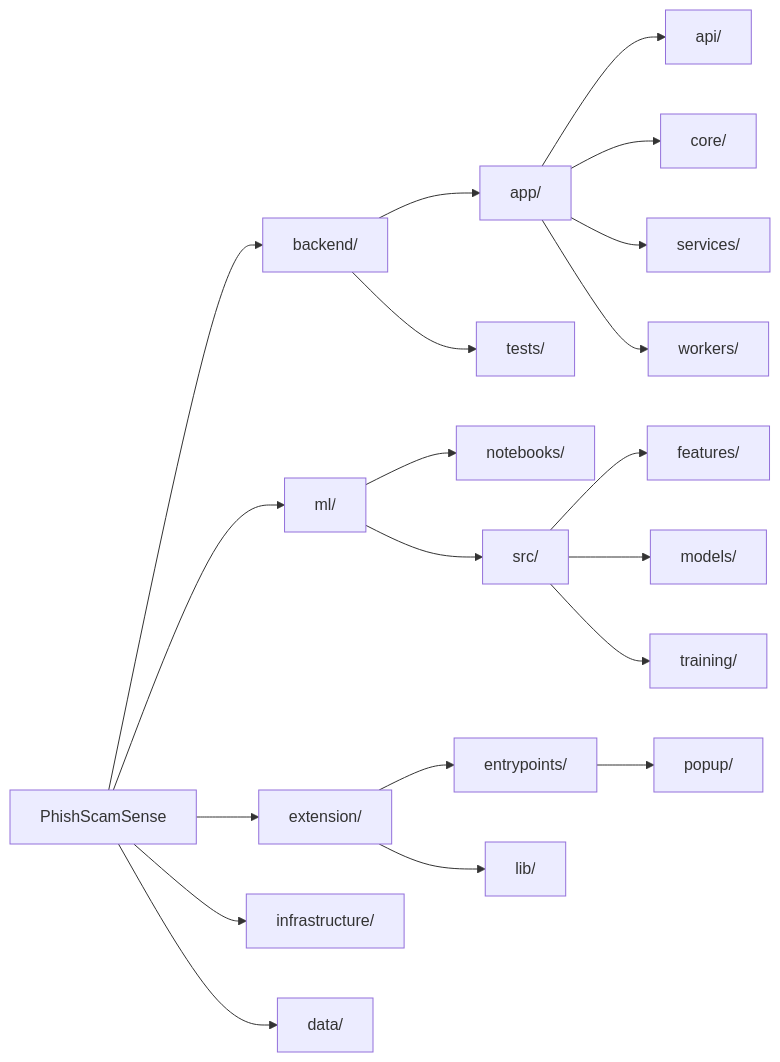
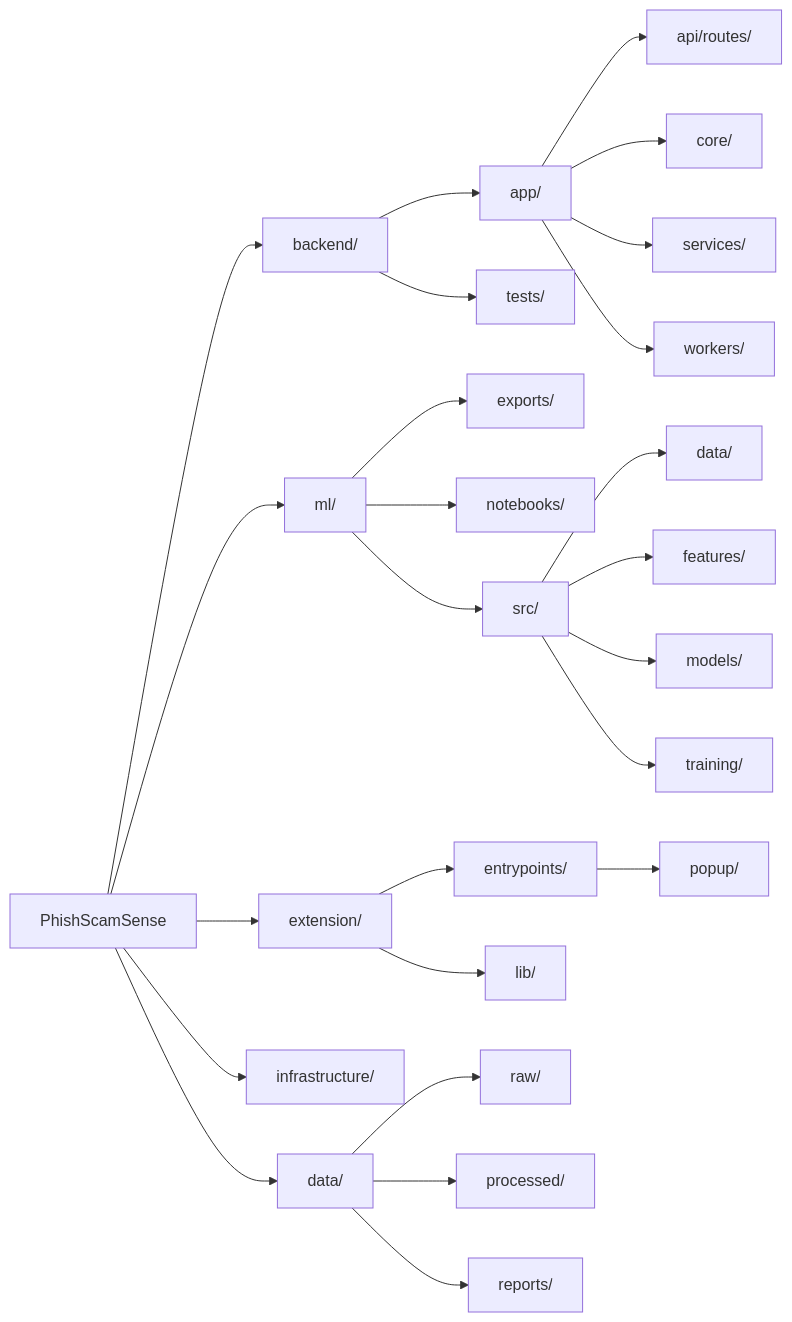
The second of 4 diagrams in docs/architecture.md (penanamtomat/PhishScamSense), drawn with Mermaid before and after one commit. The commit also changed other lines of this file and 18 other files, not shown here.

````diff
--- a/docs/architecture.md
+++ b/docs/architecture.md
@@ -44,28 +40,31 @@
 ```mermaid
 graph LR
     Root[PhishScamSense] --> Backend[backend/]
     Root --> ML[ml/]
     Root --> Ext[extension/]
     Root --> Infra[infrastructure/]
     Root --> Data[data/]
 
-    %% Backend Structure
     Backend --> B_App[app/]
     Backend --> B_Tests[tests/]
-    B_App --> B_Api[api/]
+    B_App --> B_Api[api/routes/]
     B_App --> B_Core[core/]
     B_App --> B_Services[services/]
     B_App --> B_Workers[workers/]
 
-    %% ML Structure
+    ML --> M_Exports[exports/]
     ML --> M_Notebooks[notebooks/]
     ML --> M_Src[src/]
+    M_Src --> M_Data[data/]
     M_Src --> M_Features[features/]
     M_Src --> M_Models[models/]
     M_Src --> M_Training[training/]
 
-    %% Extension Structure
     Ext --> E_Entry[entrypoints/]
     Ext --> E_Lib[lib/]
     E_Entry --> E_Popup[popup/]
+
+    Data --> D_Raw[raw/]
+    Data --> D_Processed[processed/]
+    Data --> D_Reports[reports/]
 ```
````
